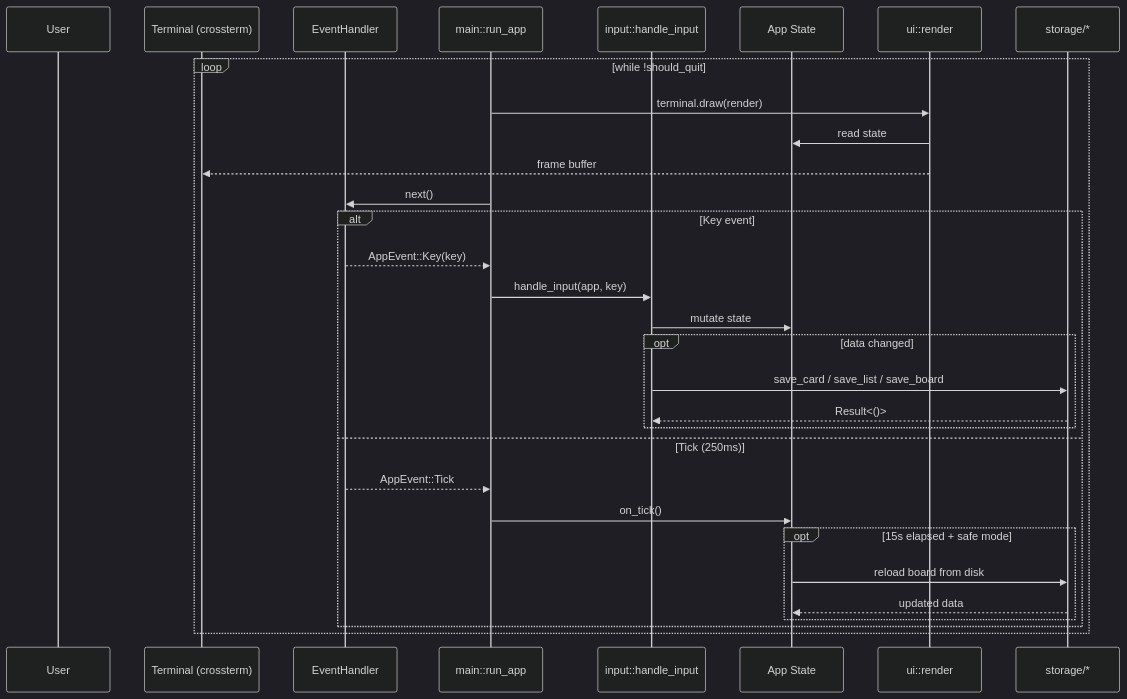
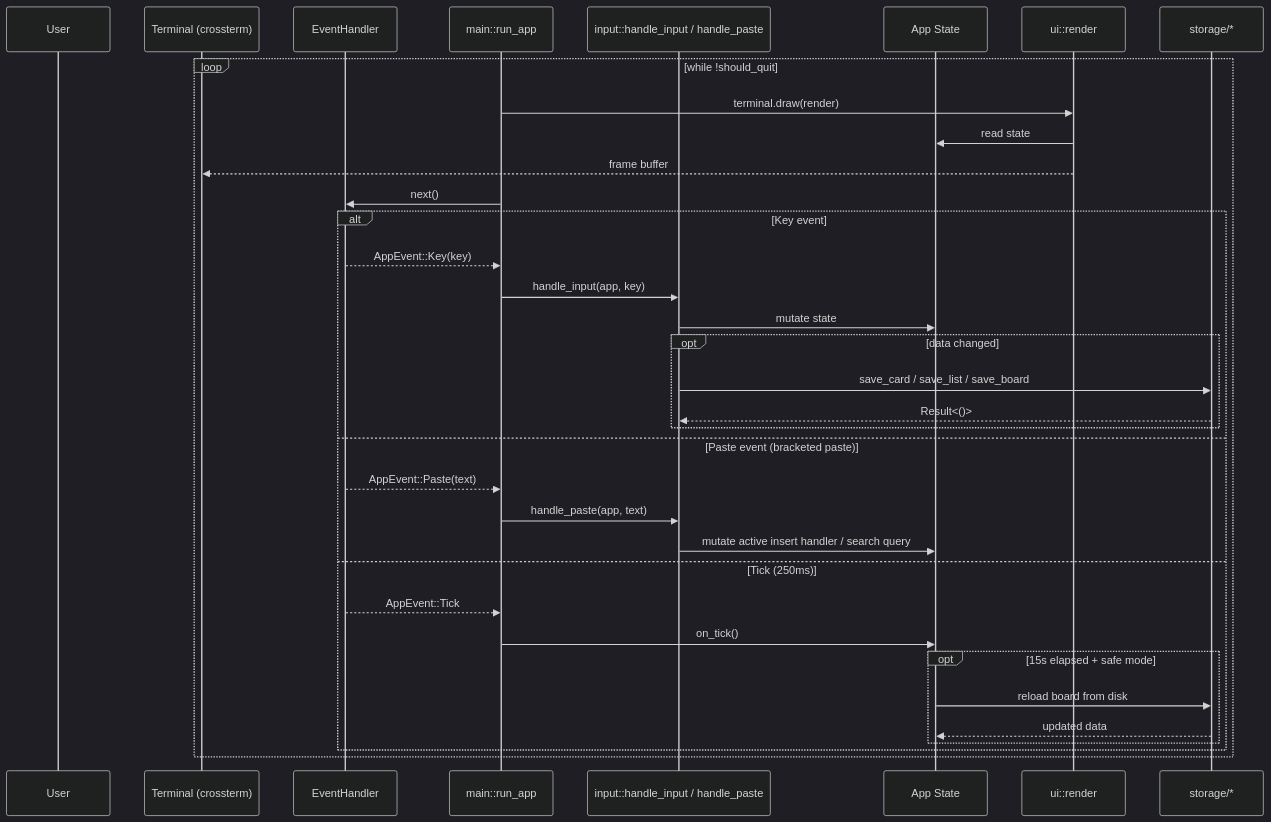
Before and after one commit to waschmittel/tct: the fourth of 11 diagrams in docs/arc42.md, drawn with Mermaid (dark theme). The commit also changed other lines of this file and 23 other files, not shown here.

````diff
--- a/docs/arc42.md
+++ b/docs/arc42.md
@@ -317,35 +317,39 @@
 ```mermaid
 sequenceDiagram
     participant User
     participant Terminal as Terminal (crossterm)
     participant EventHandler
     participant Main as main::run_app
-    participant Input as input::handle_input
+    participant Input as input::handle_input / handle_paste
     participant App as App State
     participant UI as ui::render
     participant Storage as storage/*
 
     loop while !should_quit
         Main->>UI: terminal.draw(render)
         UI->>App: read state
         UI-->>Terminal: frame buffer
 
         Main->>EventHandler: next()
         alt Key event
             EventHandler-->>Main: AppEvent::Key(key)
             Main->>Input: handle_input(app, key)
             Input->>App: mutate state
             opt data changed
                 Input->>Storage: save_card / save_list / save_board
                 Storage-->>Input: Result<()>
             end
+        else Paste event (bracketed paste)
+            EventHandler-->>Main: AppEvent::Paste(text)
+            Main->>Input: handle_paste(app, text)
+            Input->>App: mutate active insert handler / search query
         else Tick (250ms)
             EventHandler-->>Main: AppEvent::Tick
             Main->>App: on_tick()
             opt 15s elapsed + safe mode
                 App->>Storage: reload board from disk
                 Storage-->>App: updated data
             end
         end
     end
 ```
````
